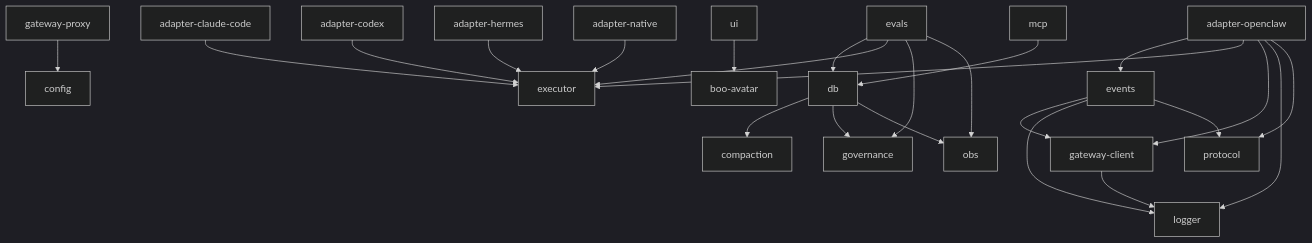
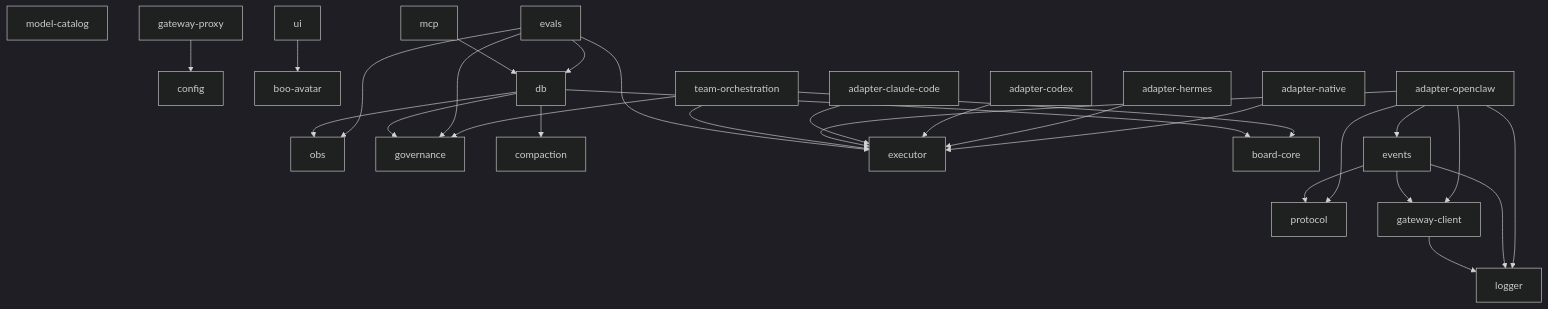
The diagram in docs/reference/packages/index.md (clawboo/clawboo), drawn with Mermaid (dark theme) before and after one commit. The commit also changed other lines of this file and 31 other files, not shown here.

Commit message:
refactor(board): extract @clawboo/board-core as the single source of board statuses and transitions

````diff
--- a/docs/reference/packages/index.md
+++ b/docs/reference/packages/index.md
@@ -50,36 +52,42 @@
 ```mermaid
 graph TD
   logger[logger]
   protocol[protocol]
   config[config]
   obs[obs]
   governance[governance]
   compaction[compaction]
   executor[executor]
+  model-catalog[model-catalog]
   boo-avatar[boo-avatar]
+  board-core[board-core]
 
   gateway-client[gateway-client] --> logger
   events[events] --> gateway-client
   events --> logger
   events --> protocol
   gateway-proxy[gateway-proxy] --> config
-  db[db] --> compaction
+  db[db] --> board-core
+  db --> compaction
   db --> governance
   db --> obs
   mcp[mcp] --> db
   evals[evals] --> db
   evals --> executor
   evals --> governance
   evals --> obs
+  team-orchestration[team-orchestration] --> board-core
+  team-orchestration --> executor
+  team-orchestration --> governance
   ui[ui] --> boo-avatar
 
   adapter-openclaw[adapter-openclaw] --> events
   adapter-openclaw --> executor
   adapter-openclaw --> gateway-client
   adapter-openclaw --> logger
   adapter-openclaw --> protocol
   adapter-claude-code[adapter-claude-code] --> executor
   adapter-codex[adapter-codex] --> executor
   adapter-hermes[adapter-hermes] --> executor
   adapter-native[adapter-native] --> executor
 ```
````
